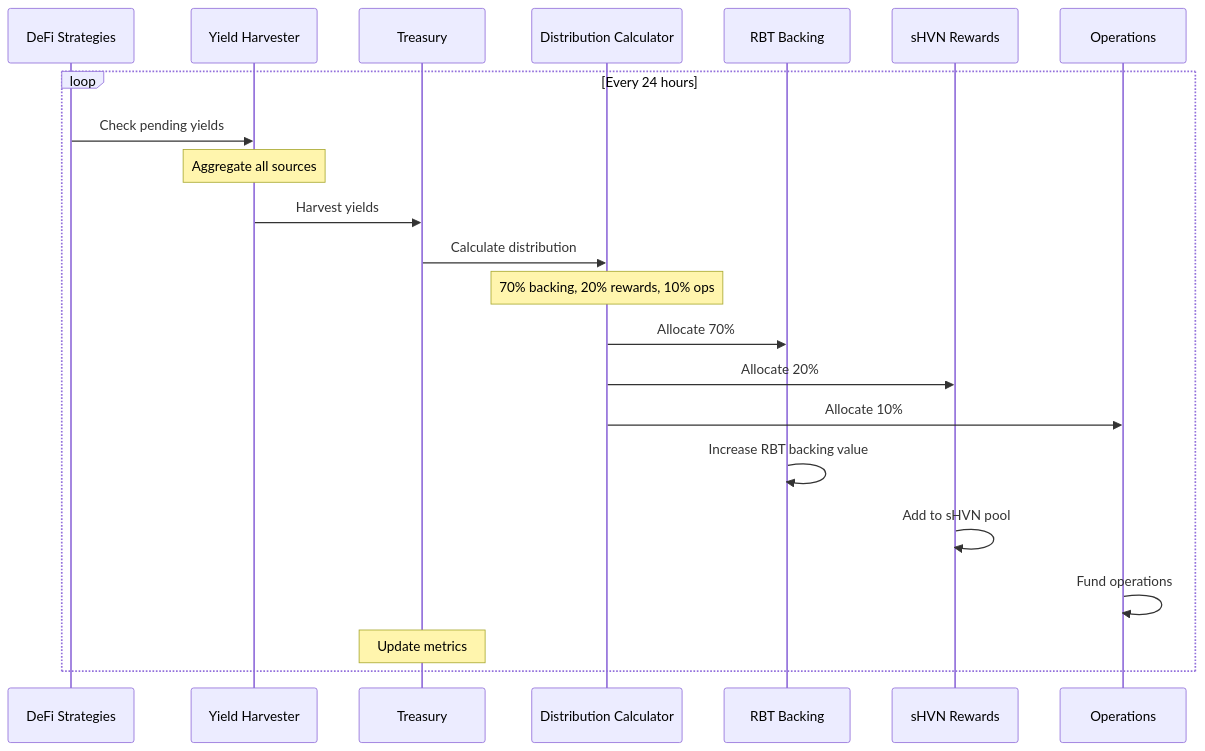
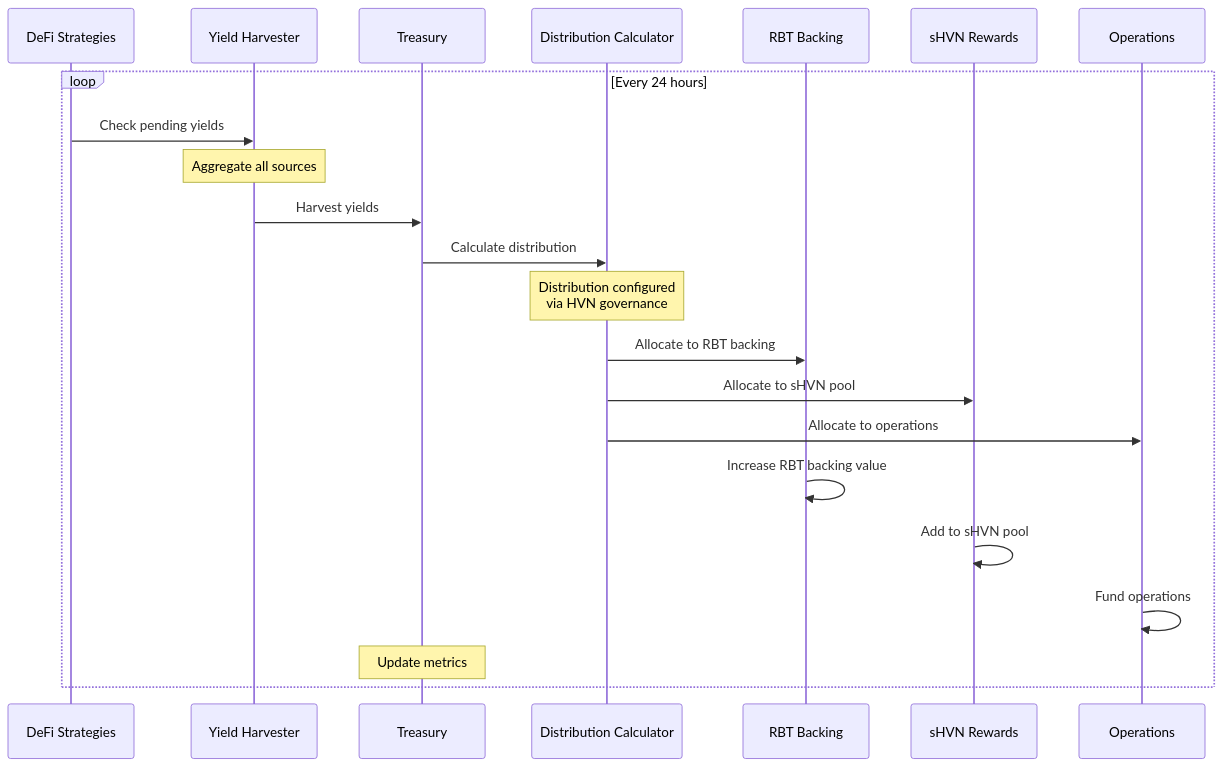
One commit to 0xJaehaerys/ohmega changed the sixth of 6 diagrams in blackhaven-flow-diagrams.md. Above: the diagram before and after it, drawn with Mermaid. The commit also changed 5 other files, not shown here.

First line of the commit message:
Audit: Fix factual errors across all diagrams

````diff
--- a/blackhaven-flow-diagrams.md
+++ b/blackhaven-flow-diagrams.md
@@ -238,29 +238,29 @@
 ```mermaid
 sequenceDiagram
     participant Strategies as DeFi Strategies
     participant Harvester as Yield Harvester
     participant Treasury
     participant Calculator as Distribution Calculator
     participant Backing as RBT Backing
     participant Rewards as sHVN Rewards
     participant Ops as Operations
     
     loop Every 24 hours
         Strategies->>Harvester: Check pending yields
         Note over Harvester: Aggregate all sources
         Harvester->>Treasury: Harvest yields
         
         Treasury->>Calculator: Calculate distribution
-        Note over Calculator: 70% backing, 20% rewards, 10% ops
+        Note over Calculator: Distribution configured<br/>via HVN governance
         
-        Calculator->>Backing: Allocate 70%
-        Calculator->>Rewards: Allocate 20%
-        Calculator->>Ops: Allocate 10%
+        Calculator->>Backing: Allocate to RBT backing
+        Calculator->>Rewards: Allocate to sHVN pool
+        Calculator->>Ops: Allocate to operations
         
         Backing->>Backing: Increase RBT backing value
         Rewards->>Rewards: Add to sHVN pool
         Ops->>Ops: Fund operations
         
         Note over Treasury: Update metrics
     end
 ```
````
